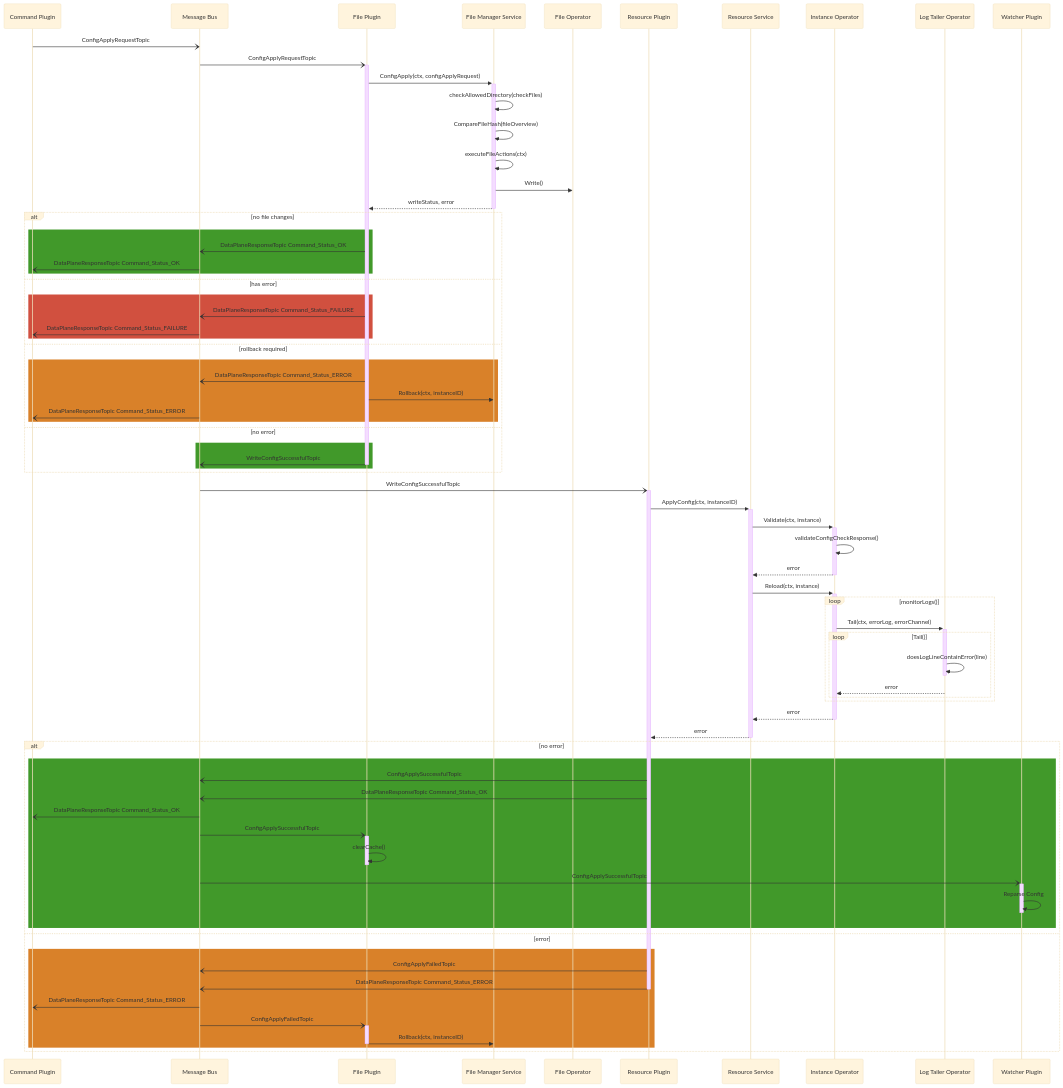
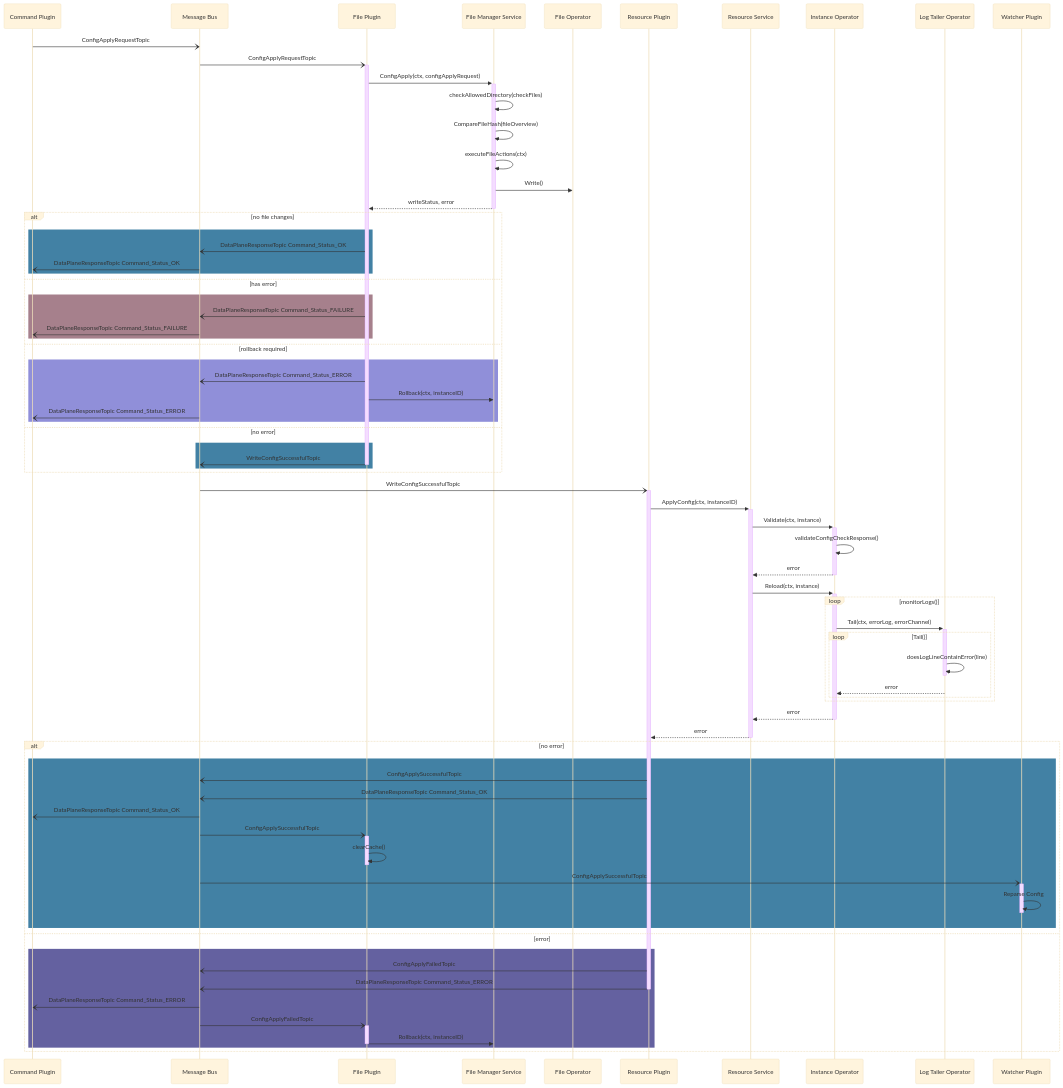
Before and after one commit to nginx/agent: the second of 2 diagrams in docs/architecture/config_apply.md, drawn with Mermaid (base theme).

````diff
--- a/docs/architecture/config_apply.md
+++ b/docs/architecture/config_apply.md
@@ -41,71 +41,68 @@
 ```mermaid
 sequenceDiagram
-  Command Plugin-)Message Bus: ConfigApplyRequestTopic
-  Message Bus-)+File Plugin: ConfigApplyRequestTopic
-  File Plugin->>+File Manager Service: ConfigApply(ctx, configApplyRequest)
-  File Manager Service->>File Manager Service: checkAllowedDirectory(checkFiles)
-%%   this is in file helpers should I show that ?
-  File Manager Service->>File Manager Service: CompareFileHash(fileOverview)
-%%   Not sure about the write operation here ?????
-  File Manager Service->>File Manager Service: executeFileActions(ctx)
-  File Manager Service->>File Operator: Write()
-%% should this also have the write status ?
-  File Manager Service-->>-File Plugin: writeStatus, error
-  
+    Command Plugin-)Message Bus: ConfigApplyRequestTopic
+    Message Bus-)+File Plugin: ConfigApplyRequestTopic
+    File Plugin->>+File Manager Service: ConfigApply(ctx, configApplyRequest)
+    File Manager Service->>File Manager Service: checkAllowedDirectory(checkFiles)
+    File Manager Service->>File Manager Service: CompareFileHash(fileOverview)
+    File Manager Service->>File Manager Service: executeFileActions(ctx)
+    File Manager Service->>File Operator: Write()
+    File Manager Service-->>-File Plugin: writeStatus, error
+
     alt no file changes
-    rect rgb(65, 153, 42)
-        File Plugin-)Message Bus: DataPlaneResponseTopic Command_Status_OK
-        Message Bus-) Command Plugin: DataPlaneResponseTopic Command_Status_OK
-    end
+        rect rgb(66, 129, 164)
+            File Plugin-)Message Bus: DataPlaneResponseTopic Command_Status_OK
+            Message Bus-) Command Plugin: DataPlaneResponseTopic Command_Status_OK
+        end
     else has error
-    rect rgb(209, 80, 63)
-        File Plugin-)Message Bus: DataPlaneResponseTopic Command_Status_FAILURE
-        Message Bus-) Command Plugin: DataPlaneResponseTopic Command_Status_FAILURE
+        rect rgb(166, 128, 140)
+            File Plugin-)Message Bus: DataPlaneResponseTopic Command_Status_FAILURE
+            Message Bus-) Command Plugin: DataPlaneResponseTopic Command_Status_FAILURE
         end
     else rollback required
-    rect rgb(217, 129, 41)
-    %% Dunno if this should be here... rollback is a seperate diagram 
-        File Plugin-)Message Bus: DataPlaneResponseTopic Command_Status_ERROR
-        File Plugin->>File Manager Service: Rollback(ctx, instanceID)
-        Message Bus-) Command Plugin: DataPlaneResponseTopic Command_Status_ERROR
+        rect rgb(144, 143, 217)
+            File Plugin-)Message Bus: DataPlaneResponseTopic Command_Status_ERROR
+            File Plugin->>File Manager Service: Rollback(ctx, instanceID)
+            Message Bus-) Command Plugin: DataPlaneResponseTopic Command_Status_ERROR
         end
     else no error
-    rect rgb(65, 153, 42)
-        File Plugin-)-Message Bus: WriteConfigSuccessfulTopic
+        rect rgb(66, 129, 164)
+            File Plugin-)-Message Bus: WriteConfigSuccessfulTopic
+        end
     end
-    end 
-Message Bus-)+Resource Plugin: WriteConfigSuccessfulTopic
-Resource Plugin ->>+Resource Service: ApplyConfig(ctx, instanceID)
-Resource Service->>+Instance Operator: Validate(ctx, instance)
-Instance Operator->>Instance Operator: validateConfigCheckResponse()
-Instance Operator-->>-Resource Service: error
-Resource Service->>+Instance Operator: Reload(ctx, instance)
-loop monitorLogs()
-    Instance Operator->>+Log Tailer Operator: Tail(ctx, errorLog, errorChannel)
-    loop Tail()
-    Log Tailer Operator->>-Log Tailer Operator: doesLogLineContainError(line)
-    Log Tailer Operator-->>Instance Operator: error
-end 
-end 
-Instance Operator-->>-Resource Service: error
-Resource Service-->>-Resource Plugin: error
-alt no error
-rect rgb(65, 153, 42)
-    Resource Plugin-)Message Bus: ConfigApplySuccessfulTopic
-    Resource Plugin-)Message Bus: DataPlaneResponseTopic Command_Status_OK
-    Message Bus-) Command Plugin: DataPlaneResponseTopic Command_Status_OK
-    Message Bus -)+File Plugin: ConfigApplySuccessfulTopic
-    File Plugin ->>-File Plugin: clearCache()
-    Message Bus -)+Watcher Plugin: ConfigApplySuccessfulTopic
-    Watcher Plugin ->>-Watcher Plugin: Reparse Config
+    Message Bus-)+Resource Plugin: WriteConfigSuccessfulTopic
+    Resource Plugin ->>+Resource Service: ApplyConfig(ctx, instanceID)
+    Resource Service->>+Instance Operator: Validate(ctx, instance)
+    Instance Operator->>Instance Operator: validateConfigCheckResponse()
+    Instance Operator-->>-Resource Service: error
+    Resource Service->>+Instance Operator: Reload(ctx, instance)
+    loop monitorLogs()
+        Instance Operator->>+Log Tailer Operator: Tail(ctx, errorLog, errorChannel)
+        loop Tail()
+            Log Tailer Operator->>-Log Tailer Operator: doesLogLineContainError(line)
+            Log Tailer Operator-->>Instance Operator: error
+        end
     end
+    Instance Operator-->>-Resource Service: error
+    Resource Service-->>-Resource Plugin: error
+    alt no error
+        rect rgb(66, 129, 164)
+            Resource Plugin-)Message Bus: ConfigApplySuccessfulTopic
+            Resource Plugin-)Message Bus: DataPlaneResponseTopic Command_Status_OK
+            Message Bus-) Command Plugin: DataPlaneResponseTopic Command_Status_OK
+            Message Bus -)+File Plugin: ConfigApplySuccessfulTopic
+            File Plugin ->>-File Plugin: clearCache()
+            Message Bus -)+Watcher Plugin: ConfigApplySuccessfulTopic
+            Watcher Plugin ->>-Watcher Plugin: Reparse Config
+        end
     else error
-    rect rgb(217, 129, 41)
-    Resource Plugin-)Message Bus: ConfigApplyFailedTopic
-    Resource Plugin-)-Message Bus: DataPlaneResponseTopic Command_Status_ERROR
-    Message Bus-) Command Plugin: DataPlaneResponseTopic Command_Status_ERROR
-    Message Bus-)+File Plugin: ConfigApplyFailedTopic
-    File Plugin->>-File Manager Service: Rollback(ctx, instanceID)
+        rect rgb(100, 97, 160)
+            Resource Plugin-)Message Bus: ConfigApplyFailedTopic
+            Resource Plugin-)-Message Bus: DataPlaneResponseTopic Command_Status_ERROR
+            Message Bus-) Command Plugin: DataPlaneResponseTopic Command_Status_ERROR
+            Message Bus-)+File Plugin: ConfigApplyFailedTopic
+            File Plugin->>-File Manager Service: Rollback(ctx, instanceID)
+        end
     end
-end
+
 ```
````
